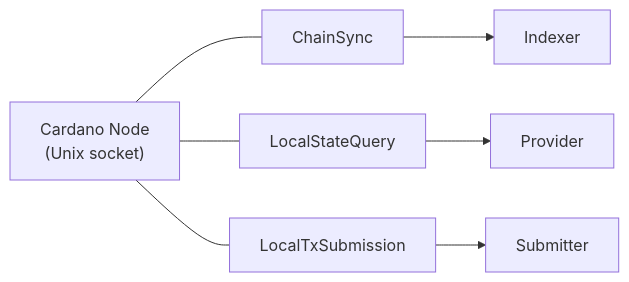
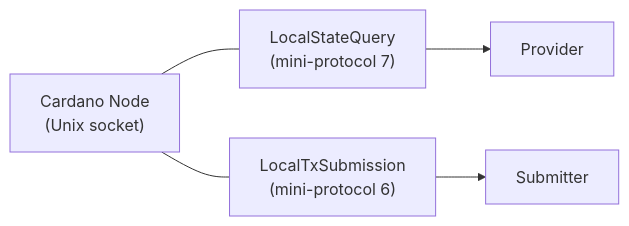
One commit to paolino/haskell-mpf changed the first of 2 diagrams in docs/architecture/data-sources.md. Above: the diagram before and after it, drawn with Mermaid. The commit also changed other lines of this file and 6 other files, not shown here.

Commit message:
docs: update architecture docs to match current code state

````diff
--- a/docs/architecture/data-sources.md
+++ b/docs/architecture/data-sources.md
@@ -9,20 +9,16 @@
 ```mermaid
 graph LR
     NODE["Cardano Node<br/>(Unix socket)"]
 
-    CS["ChainSync"]
-    LSQ["LocalStateQuery"]
-    LTS["LocalTxSubmission"]
+    LSQ["LocalStateQuery<br/>(mini-protocol 7)"]
+    LTS["LocalTxSubmission<br/>(mini-protocol 6)"]
 
-    NODE --- CS
     NODE --- LSQ
     NODE --- LTS
 
-    IDX["Indexer"]
     PRV["Provider"]
     SUB["Submitter"]
 
-    CS --> IDX
     LSQ --> PRV
     LTS --> SUB
 ```
````
